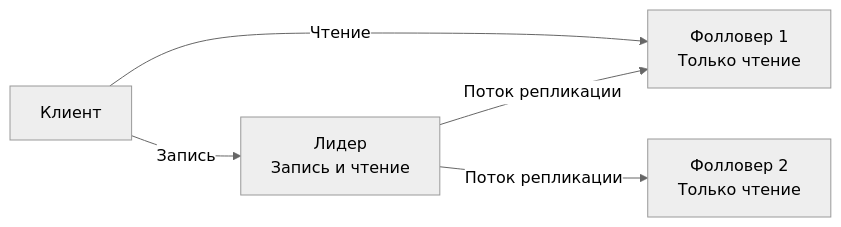
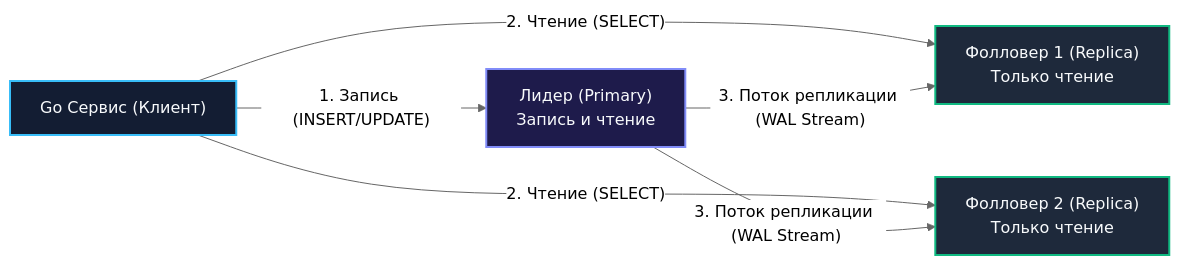
One commit to UnrealTemplier/go-textbook changed the first of 2 diagrams in sources/11. Архитектура и System Design/32. Репликация. Leader Follower и Multi Leader.md. Above: the diagram before and after it, drawn with Mermaid (neutral theme). The commit also changed other lines of this file, not shown here.

````diff
--- a/sources/11. Архитектура и System Design/32. Репликация. Leader Follower и Multi Leader.md
+++ b/sources/11. Архитектура и System Design/32. Репликация. Leader Follower и Multi Leader.md
@@ -13,12 +30,20 @@
 ```mermaid
 flowchart LR
-    Client["Клиент"]
-    Leader["Лидер<br>Запись и чтение"]
-    Follower1["Фолловер 1<br>Только чтение"]
-    Follower2["Фолловер 2<br>Только чтение"]
+    Client["Go Сервис (Клиент)"]
+    Leader["Лидер (Primary)<br>Запись и чтение"]
+    Follower1["Фолловер 1 (Replica)<br>Только чтение"]
+    Follower2["Фолловер 2 (Replica)<br>Только чтение"]
 
-    Client -->|"Запись"| Leader
-    Client -->|"Чтение"| Follower1
-    Leader -->|"Поток репликации"| Follower1
-    Leader -->|"Поток репликации"| Follower2
+    Client -->|"1. Запись (INSERT/UPDATE)"| Leader
+    Client -->|"2. Чтение (SELECT)"| Follower1
+    Client -->|"2. Чтение (SELECT)"| Follower2
+    Leader -->|"3. Поток репликации (WAL Stream)"| Follower1
+    Leader -->|"3. Поток репликации (WAL Stream)"| Follower2
+
+    classDef client fill:#131d33,stroke:#38bdf8,stroke-width:2px,color:#f8fafc;
+    classDef leader fill:#1e1b4b,stroke:#818cf8,stroke-width:2px,color:#f8fafc;
+    classDef replica fill:#1e293b,stroke:#10b981,stroke-width:2px,color:#f8fafc;
+    class Client client;
+    class Leader leader;
+    class Follower1,Follower2 replica;
 ```
````
